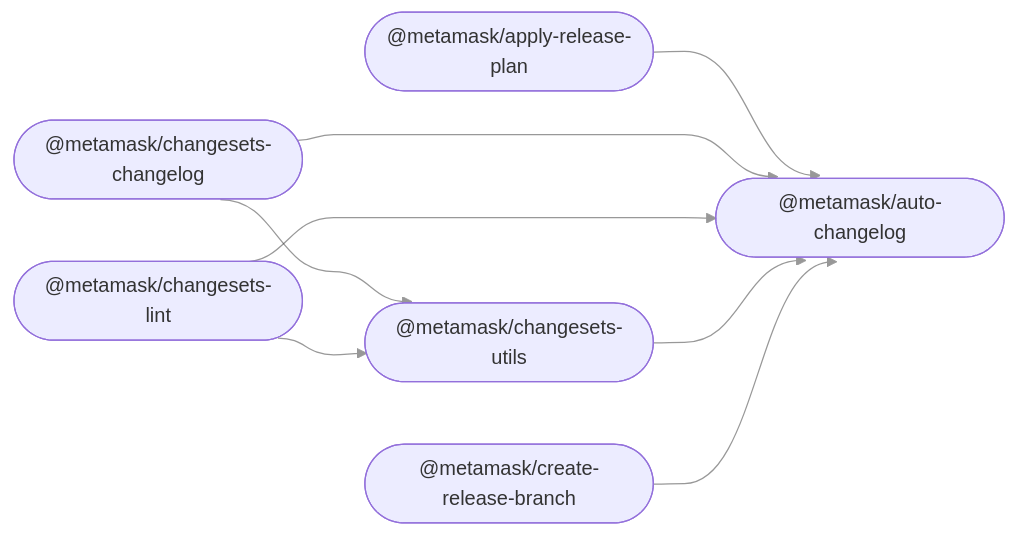
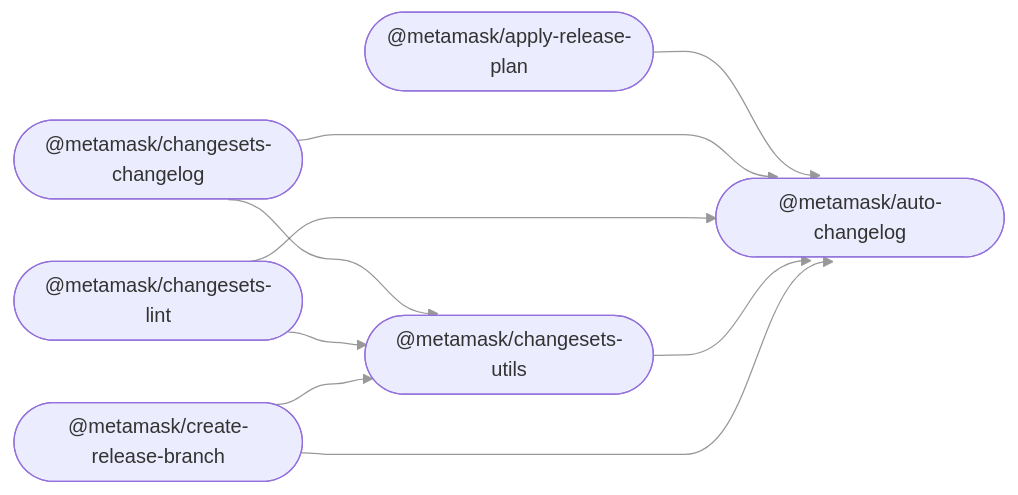
Before and after one commit to MetaMask/release-tools: the diagram in README.md, drawn with Mermaid.

Commit message:
docs: update the README dependency graph

````diff
--- a/README.md
+++ b/README.md
@@ -30,18 +30,19 @@
 ```mermaid
 %%{ init: { 'flowchart': { 'curve': 'bumpX' } } }%%
 graph LR;
 linkStyle default opacity:0.5
   apply_release_plan(["@metamask/apply-release-plan"]);
   auto_changelog(["@metamask/auto-changelog"]);
   changesets_changelog(["@metamask/changesets-changelog"]);
   changesets_lint(["@metamask/changesets-lint"]);
   changesets_utils(["@metamask/changesets-utils"]);
   create_release_branch(["@metamask/create-release-branch"]);
   apply_release_plan --> auto_changelog;
   changesets_changelog --> changesets_utils;
   changesets_changelog --> auto_changelog;
   changesets_lint --> changesets_utils;
   changesets_lint --> auto_changelog;
   changesets_utils --> auto_changelog;
   create_release_branch --> auto_changelog;
+  create_release_branch --> changesets_utils;
 ```
````
